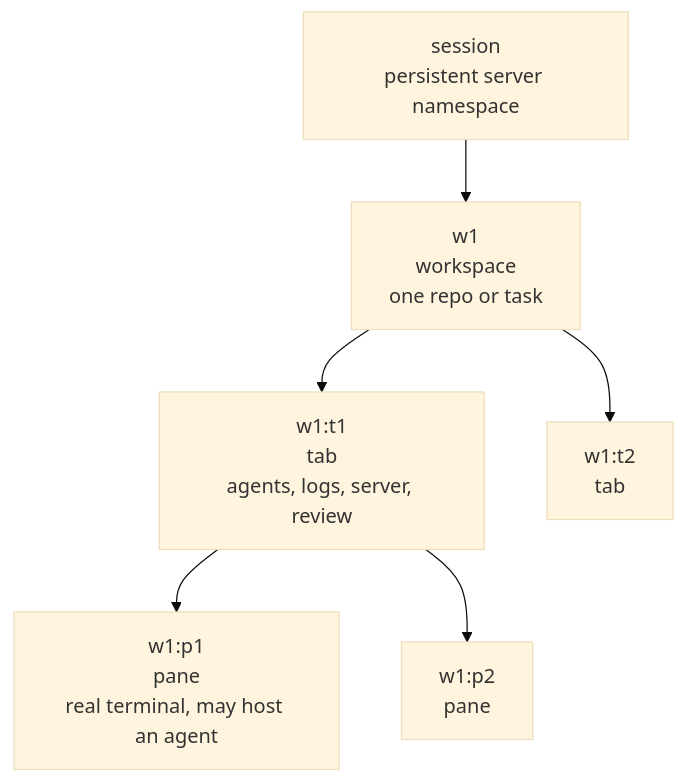
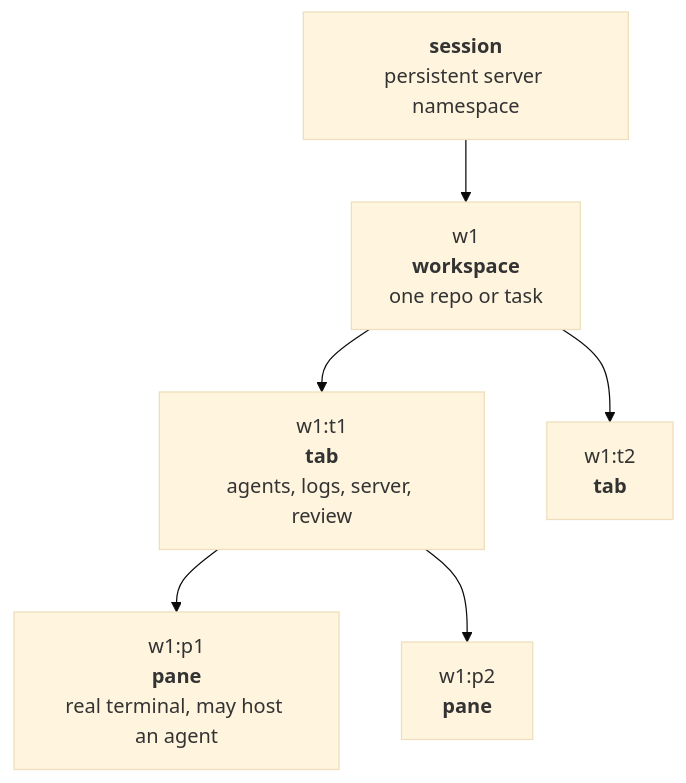
The diagram in herdr.md (rstacruz/cheatsheets), drawn with Mermaid (base theme) before and after one commit. The commit also changed 1 other file, not shown here.

Commit message:
Bold diagram stage labels
Emphasise the Herdr entity types and hook stage names in the Mermaid labels.

````diff
--- a/herdr.md
+++ b/herdr.md
@@ -66,16 +66,16 @@
 ```mermaid title="Session layout"
 flowchart TD
   accTitle: Herdr session layout
   accDescr: Sessions hold workspaces, tabs, and panes.
-  Session["session<br>persistent server namespace"]
-  Workspace["w1<br>workspace<br>one repo or task"]
-  Tab1["w1:t1<br>tab<br>agents, logs, server, review"]
-  Tab2["w1:t2<br>tab"]
-  Pane1["w1:p1<br>pane<br>real terminal, may host an agent"]
-  Pane2["w1:p2<br>pane"]
+  Session["`**session**<br>persistent server namespace`"]
+  Workspace["`w1<br>**workspace**<br>one repo or task`"]
+  Tab1["`w1:t1<br>**tab**<br>agents, logs, server, review`"]
+  Tab2["`w1:t2<br>**tab**`"]
+  Pane1["`w1:p1<br>**pane**<br>real terminal, may host an agent`"]
+  Pane2["`w1:p2<br>**pane**`"]
   Session --> Workspace
   Workspace --> Tab1
   Workspace --> Tab2
   Tab1 --> Pane1
   Tab1 --> Pane2
 ```
````
